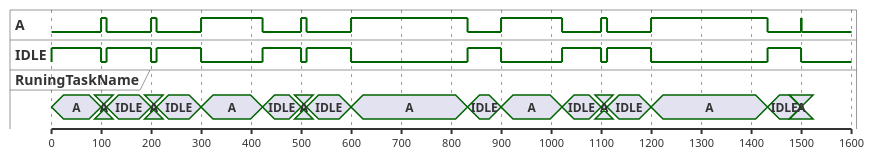
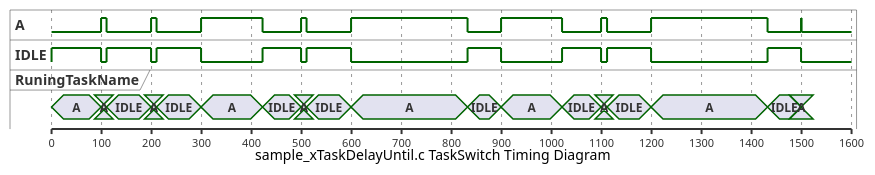
One commit to steelpipe75/freertos_training changed the diagram in training/02_Task_Control/3_xTaskDelayUntil/MyTrace.puml. Above: the diagram before and after it, drawn with PlantUML. The commit also changed 2 other files, not shown here.

Commit message:
Add caption

```diff
--- a/training/02_Task_Control/3_xTaskDelayUntil/MyTrace.puml
+++ b/training/02_Task_Control/3_xTaskDelayUntil/MyTrace.puml
@@ -1,105 +1,109 @@
 @startuml
 binary "A" as A
 binary "IDLE" as IDLE
 concise "RuningTaskName" as RuningTaskName
+
+caption
+sample_xTaskDelayUntil.c TaskSwitch Timing Diagram
+end caption
 
 scale 100 as 50 pixels
 
 @0
 A is high
 RuningTaskName is A
 A is low
 IDLE is high
 RuningTaskName is IDLE
 
 @99
 IDLE is low
 A is high
 RuningTaskName is A
 
 @110
 A is low
 IDLE is high
 RuningTaskName is IDLE
 
 @199
 IDLE is low
 A is high
 RuningTaskName is A
 
 @210
 A is low
 IDLE is high
 RuningTaskName is IDLE
 
 @299
 IDLE is low
 A is high
 RuningTaskName is A
 
 @422
 A is low
 IDLE is high
 RuningTaskName is IDLE
 
 @499
 IDLE is low
 A is high
 RuningTaskName is A
 
 @510
 A is low
 IDLE is high
 RuningTaskName is IDLE
 
 @599
 IDLE is low
 A is high
 RuningTaskName is A
 
 @832
 A is low
 IDLE is high
 RuningTaskName is IDLE
 
 @899
 IDLE is low
 A is high
 RuningTaskName is A
 
 @1021
 A is low
 IDLE is high
 RuningTaskName is IDLE
 
 @1099
 IDLE is low
 A is high
 RuningTaskName is A
 
 @1111
 A is low
 IDLE is high
 RuningTaskName is IDLE
 
 @1199
 IDLE is low
 A is high
 RuningTaskName is A
 
 @1432
 A is low
 IDLE is high
 RuningTaskName is IDLE
 
 @1499
 IDLE is low
 A is high
 RuningTaskName is A
 
 @1500
 IDLE is {hidden}
 A is {hidden}
 RuningTaskName is {hidden}
 
 @enduml
```
